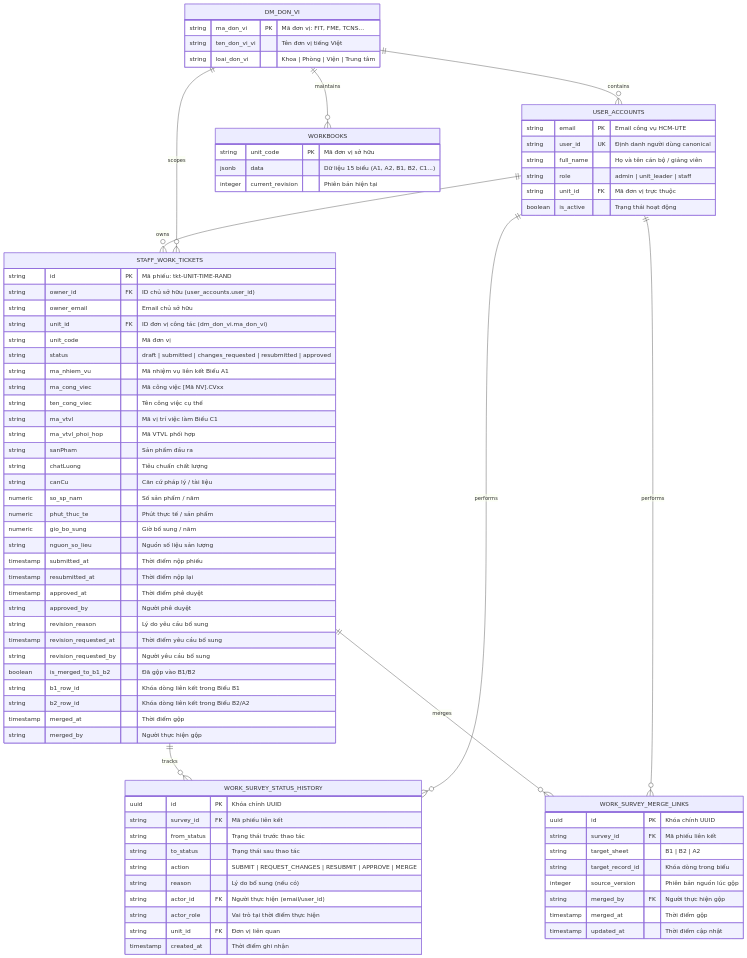
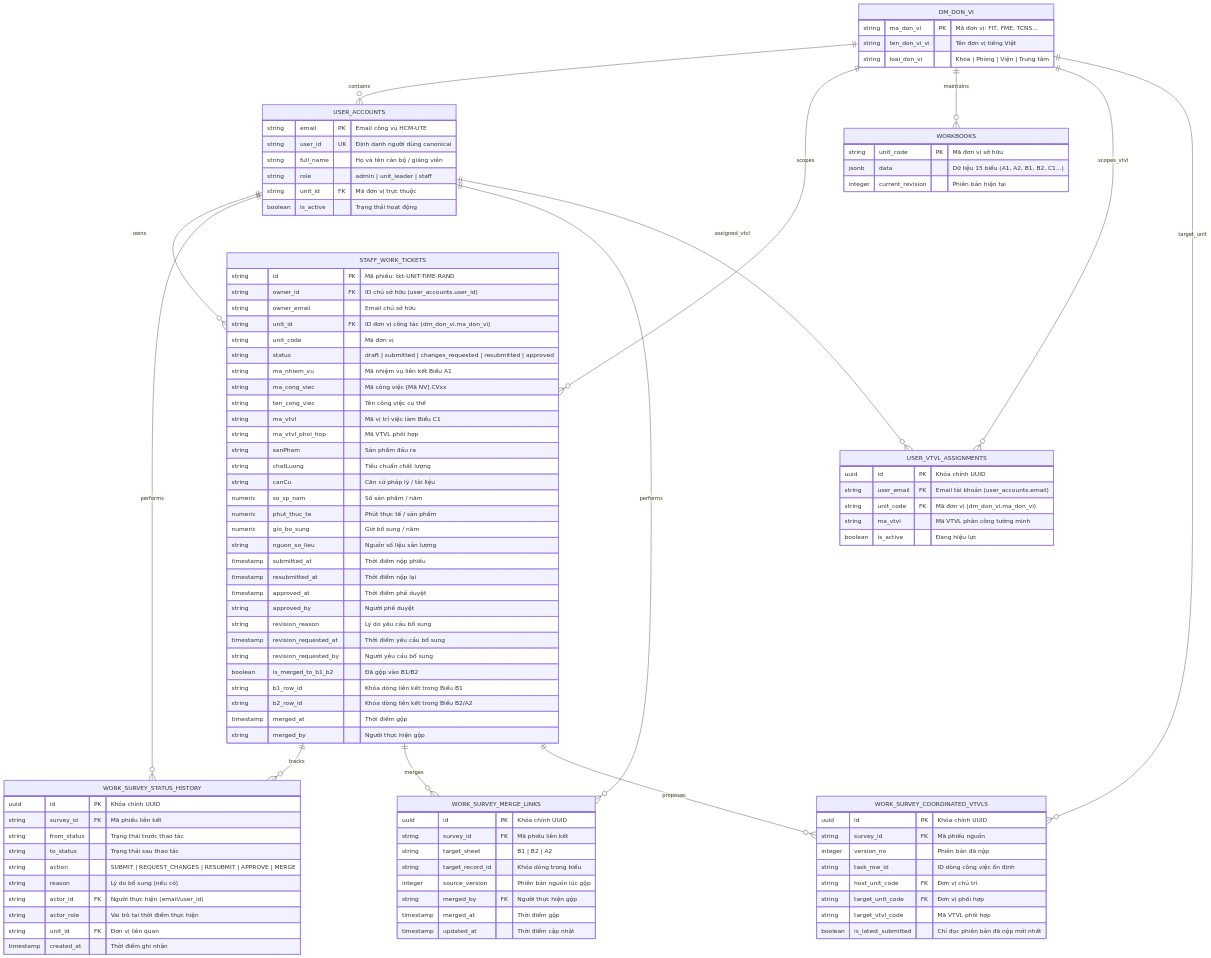
The diagram in docs/database/work-survey-approval-erd.mmd (hoavm73/vtvl2026), drawn with Mermaid before and after one commit. The commit also changed 99 other files, not shown here.

Commit message:
feat: add VTVL coordination proposals and user assignment modules

```diff
--- a/docs/database/work-survey-approval-erd.mmd
+++ b/docs/database/work-survey-approval-erd.mmd
@@ -1,87 +1,110 @@
 erDiagram
     DM_DON_VI ||--o{ USER_ACCOUNTS : contains
     USER_ACCOUNTS ||--o{ STAFF_WORK_TICKETS : owns
     DM_DON_VI ||--o{ STAFF_WORK_TICKETS : scopes
     DM_DON_VI ||--o{ WORKBOOKS : maintains
     STAFF_WORK_TICKETS ||--o{ WORK_SURVEY_STATUS_HISTORY : tracks
     STAFF_WORK_TICKETS ||--o{ WORK_SURVEY_MERGE_LINKS : merges
     USER_ACCOUNTS ||--o{ WORK_SURVEY_STATUS_HISTORY : performs
     USER_ACCOUNTS ||--o{ WORK_SURVEY_MERGE_LINKS : performs
+    USER_ACCOUNTS ||--o{ USER_VTVL_ASSIGNMENTS : assigned_vtvl
+    DM_DON_VI ||--o{ USER_VTVL_ASSIGNMENTS : scopes_vtvl
+    STAFF_WORK_TICKETS ||--o{ WORK_SURVEY_COORDINATED_VTVLS : proposes
+    DM_DON_VI ||--o{ WORK_SURVEY_COORDINATED_VTVLS : target_unit
 
     DM_DON_VI {
         string ma_don_vi PK "Mã đơn vị: FIT, FME, TCNS..."
         string ten_don_vi_vi "Tên đơn vị tiếng Việt"
         string loai_don_vi "Khoa | Phòng | Viện | Trung tâm"
     }
 
     USER_ACCOUNTS {
         string email PK "Email công vụ HCM-UTE"
         string user_id UK "Định danh người dùng canonical"
         string full_name "Họ và tên cán bộ / giảng viên"
         string role "admin | unit_leader | staff"
         string unit_id FK "Mã đơn vị trực thuộc"
         boolean is_active "Trạng thái hoạt động"
     }
 
     STAFF_WORK_TICKETS {
         string id PK "Mã phiếu: tkt-UNIT-TIME-RAND"
         string owner_id FK "ID chủ sở hữu (user_accounts.user_id)"
         string owner_email "Email chủ sở hữu"
         string unit_id FK "ID đơn vị công tác (dm_don_vi.ma_don_vi)"
         string unit_code "Mã đơn vị"
         string status "draft | submitted | changes_requested | resubmitted | approved"
         string ma_nhiem_vu "Mã nhiệm vụ liên kết Biểu A1"
         string ma_cong_viec "Mã công việc [Mã NV].CVxx"
         string ten_cong_viec "Tên công việc cụ thể"
         string ma_vtvl "Mã vị trí việc làm Biểu C1"
         string ma_vtvl_phoi_hop "Mã VTVL phối hợp"
         string sanPham "Sản phẩm đầu ra"
         string chatLuong "Tiêu chuẩn chất lượng"
         string canCu "Căn cứ pháp lý / tài liệu"
         numeric so_sp_nam "Số sản phẩm / năm"
         numeric phut_thuc_te "Phút thực tế / sản phẩm"
         numeric gio_bo_sung "Giờ bổ sung / năm"
         string nguon_so_lieu "Nguồn số liệu sản lượng"
         timestamp submitted_at "Thời điểm nộp phiếu"
         timestamp resubmitted_at "Thời điểm nộp lại"
         timestamp approved_at "Thời điểm phê duyệt"
         string approved_by "Người phê duyệt"
         string revision_reason "Lý do yêu cầu bổ sung"
         timestamp revision_requested_at "Thời điểm yêu cầu bổ sung"
         string revision_requested_by "Người yêu cầu bổ sung"
         boolean is_merged_to_b1_b2 "Đã gộp vào B1/B2"
         string b1_row_id "Khóa dòng liên kết trong Biểu B1"
         string b2_row_id "Khóa dòng liên kết trong Biểu B2/A2"
         timestamp merged_at "Thời điểm gộp"
         string merged_by "Người thực hiện gộp"
     }
 
     WORK_SURVEY_STATUS_HISTORY {
         uuid id PK "Khóa chính UUID"
         string survey_id FK "Mã phiếu liên kết"
         string from_status "Trạng thái trước thao tác"
         string to_status "Trạng thái sau thao tác"
         string action "SUBMIT | REQUEST_CHANGES | RESUBMIT | APPROVE | MERGE"
         string reason "Lý do bổ sung (nếu có)"
         string actor_id FK "Người thực hiện (email/user_id)"
         string actor_role "Vai trò tại thời điểm thực hiện"
         string unit_id FK "Đơn vị liên quan"
         timestamp created_at "Thời điểm ghi nhận"
     }
 
     WORK_SURVEY_MERGE_LINKS {
         uuid id PK "Khóa chính UUID"
         string survey_id FK "Mã phiếu liên kết"
         string target_sheet "B1 | B2 | A2"
         string target_record_id "Khóa dòng trong biểu"
         integer source_version "Phiên bản nguồn lúc gộp"
         string merged_by FK "Người thực hiện gộp"
         timestamp merged_at "Thời điểm gộp"
         timestamp updated_at "Thời điểm cập nhật"
     }
 
     WORKBOOKS {
         string unit_code PK "Mã đơn vị sở hữu"
         jsonb data "Dữ liệu 15 biểu (A1, A2, B1, B2, C1...)"
         integer current_revision "Phiên bản hiện tại"
     }
+
+    USER_VTVL_ASSIGNMENTS {
+        uuid id PK "Khóa chính UUID"
+        string user_email FK "Email tài khoản (user_accounts.email)"
+        string unit_code FK "Mã đơn vị (dm_don_vi.ma_don_vi)"
+        string ma_vtvl "Mã VTVL phân công tường minh"
+        boolean is_active "Đang hiệu lực"
+    }
+
+    WORK_SURVEY_COORDINATED_VTVLS {
+        uuid id PK "Khóa chính UUID"
+        string survey_id FK "Mã phiếu nguồn"
+        integer version_no "Phiên bản đã nộp"
+        string task_row_id "ID dòng công việc ổn định"
+        string host_unit_code FK "Đơn vị chủ trì"
+        string target_unit_code FK "Đơn vị phối hợp"
+        string target_vtvl_code "Mã VTVL phối hợp"
+        boolean is_latest_submitted "Chỉ đọc phiên bản đã nộp mới nhất"
+    }
```
